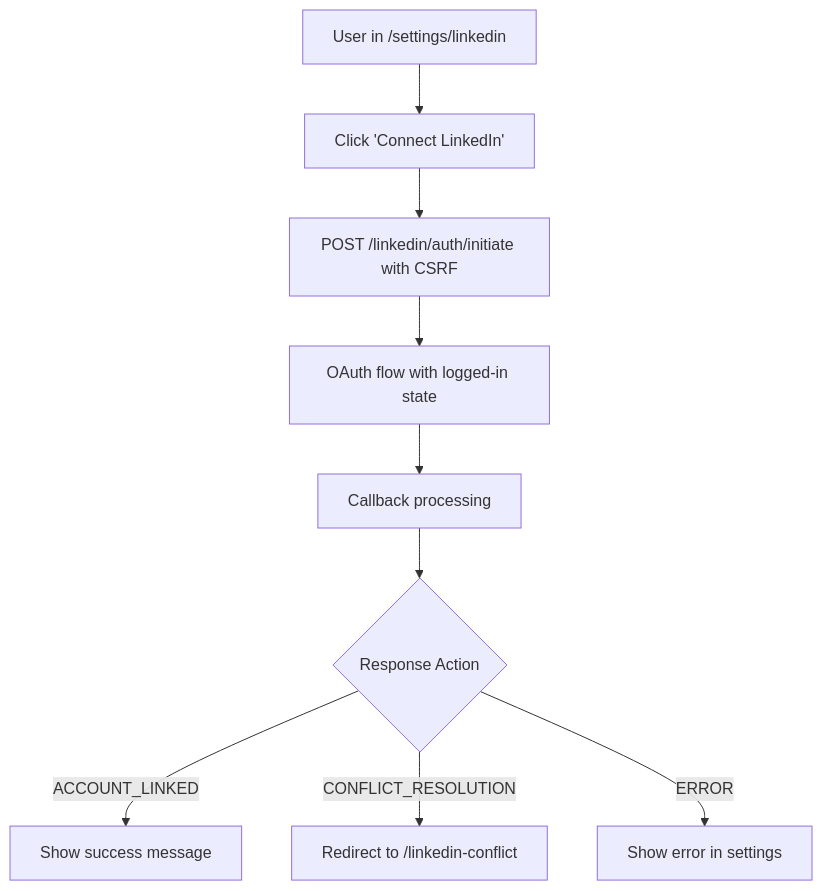
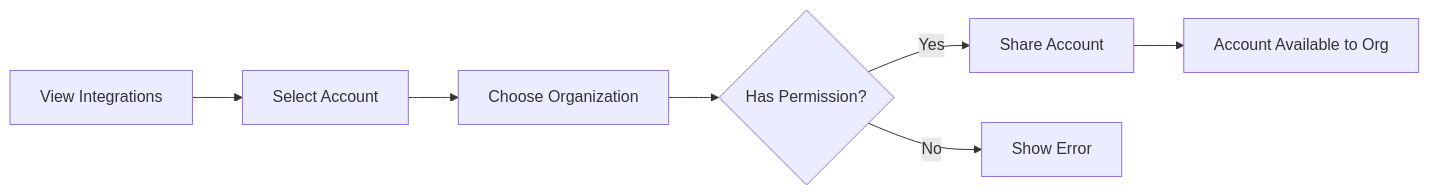
One commit to G11-999/kiwiq changed the ninth of 10 diagrams in docs/design_docs/linkedin_integrations/LINKEDIN_OAUTH_DESIGN.md. Above: the diagram before and after it, drawn with Mermaid. The commit also changed other lines of this file and 6 other files, not shown here.

````diff
--- a/docs/design_docs/linkedin_integrations/LINKEDIN_OAUTH_DESIGN.md
+++ b/docs/design_docs/linkedin_integrations/LINKEDIN_OAUTH_DESIGN.md
@@ -704,12 +712,9 @@
 ```mermaid
-flowchart TD
-    A[User in /settings/linkedin] --> B[Click 'Connect LinkedIn']
-    B --> C[POST /linkedin/auth/initiate with CSRF]
-    C --> D[OAuth flow with logged-in state]
-    D --> E[Callback processing]
-    E --> F{Response Action}
-    
-    F -->|ACCOUNT_LINKED| G[Show success message]
-    F -->|CONFLICT_RESOLUTION| H[Redirect to /linkedin-conflict]
-    F -->|ERROR| I[Show error in settings]
+flowchart LR
+    A[View Integrations] --> B[Select Account]
+    B --> C[Choose Organization]
+    C --> D{Has Permission?}
+    D -->|Yes| E[Share Account]
+    D -->|No| F[Show Error]
+    E --> G[Account Available to Org]
 ```
````
